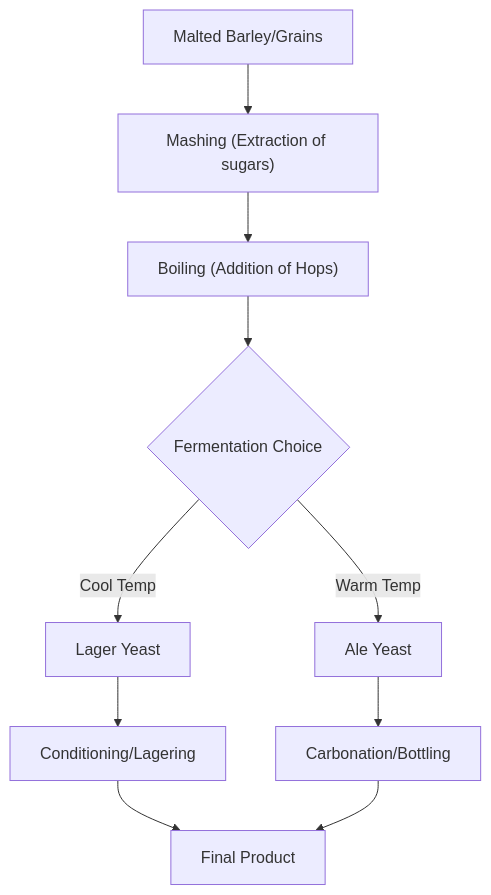
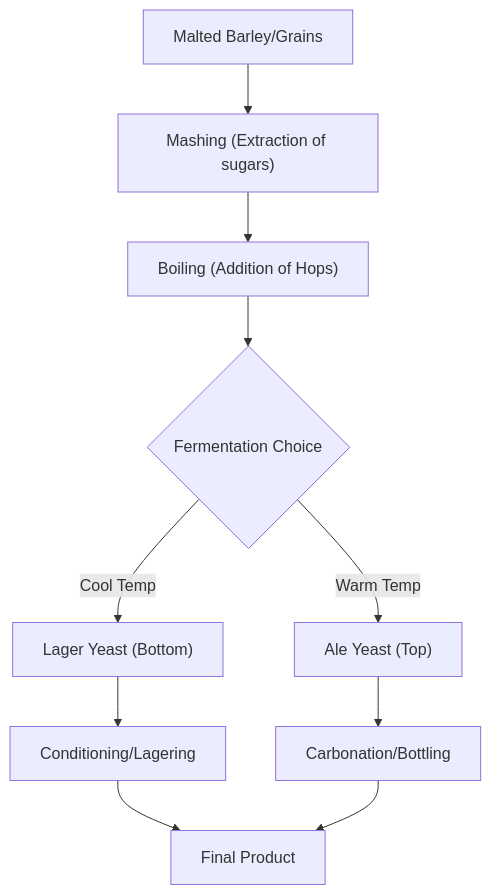
The diagram in _posts/en/2026-07-18-the-spectrum-of-brews-decoding-the-world-of-beer-s.md (ethanpark0726/blog_automation), drawn with Mermaid before and after one commit. The commit also changed other lines of this file and 2 other files, not shown here.

````diff
--- a/_posts/en/2026-07-18-the-spectrum-of-brews-decoding-the-world-of-beer-s.md
+++ b/_posts/en/2026-07-18-the-spectrum-of-brews-decoding-the-world-of-beer-s.md
@@ -62,12 +64,12 @@
 ```mermaid
 graph TD
     A["Malted Barley/Grains"] --> B["Mashing (Extraction of sugars)"]
     B --> C["Boiling (Addition of Hops)"]
     C --> D{"Fermentation Choice"}
-    D -->|Cool Temp| E["Lager Yeast"]
-    D -->|Warm Temp| F["Ale Yeast"]
+    D -->|Cool Temp| E["Lager Yeast (Bottom)"]
+    D -->|Warm Temp| F["Ale Yeast (Top)"]
     E --> G["Conditioning/Lagering"]
     F --> H["Carbonation/Bottling"]
     G --> I["Final Product"]
     H --> I
 ```
````
